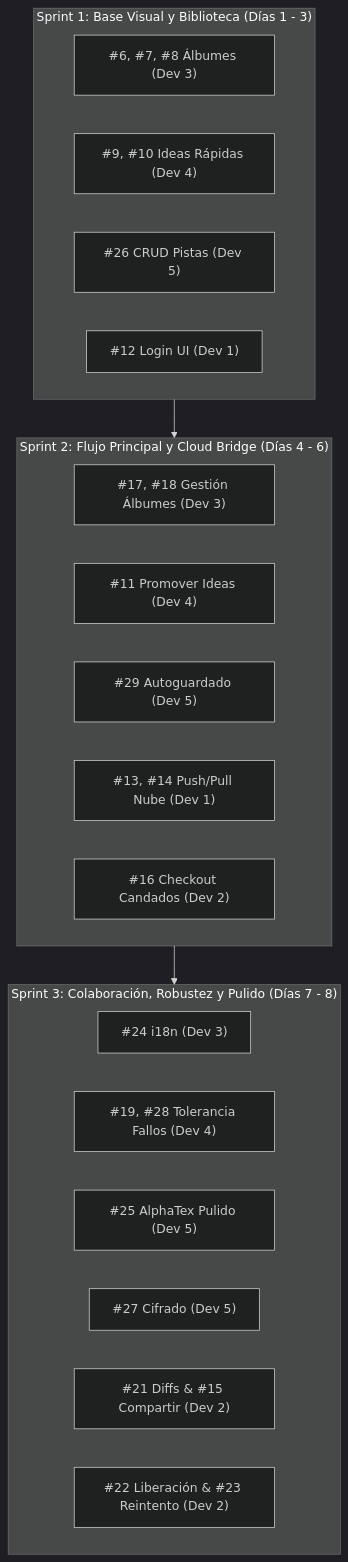
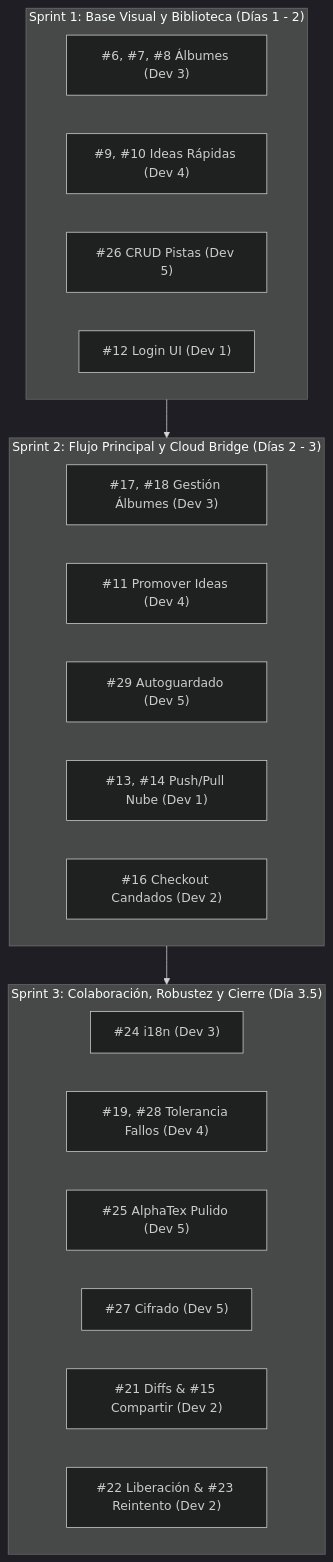
Before and after one commit to Chinano9/Kizuna-Editor: the diagram in estimaciones_issues.md, drawn with Mermaid (dark theme). The commit also changed other lines of this file and 5 other files, not shown here.

````diff
--- a/estimaciones_issues.md
+++ b/estimaciones_issues.md
@@ -138,28 +147,28 @@
 ```mermaid
 flowchart TD
-    subgraph Iteracion_1 ["Sprint 1: Base Visual y Biblioteca (Días 1 - 3)"]
+    subgraph Sprint_1 ["Sprint 1: Base Visual y Biblioteca (Días 1 - 2)"]
         I6["#6, #7, #8 Álbumes (Dev 3)"]
         I9["#9, #10 Ideas Rápidas (Dev 4)"]
         I26["#26 CRUD Pistas (Dev 5)"]
         I12["#12 Login UI (Dev 1)"]
     end
 
-    subgraph Iteracion_2 ["Sprint 2: Flujo Principal y Cloud Bridge (Días 4 - 6)"]
+    subgraph Sprint_2 ["Sprint 2: Flujo Principal y Cloud Bridge (Días 2 - 3)"]
         I17["#17, #18 Gestión Álbumes (Dev 3)"]
         I11["#11 Promover Ideas (Dev 4)"]
         I29["#29 Autoguardado (Dev 5)"]
         I13["#13, #14 Push/Pull Nube (Dev 1)"]
         I16["#16 Checkout Candados (Dev 2)"]
     end
 
-    subgraph Iteracion_3 ["Sprint 3: Colaboración, Robustez y Pulido (Días 7 - 8)"]
+    subgraph Sprint_3 ["Sprint 3: Colaboración, Robustez y Cierre (Día 3.5)"]
         I24["#24 i18n (Dev 3)"]
         I19["#19, #28 Tolerancia Fallos (Dev 4)"]
         I25["#25 AlphaTex Pulido (Dev 5)"]
         I27["#27 Cifrado (Dev 5)"]
         I21["#21 Diffs & #15 Compartir (Dev 2)"]
         I22["#22 Liberación & #23 Reintento (Dev 2)"]
     end
 
-    Iteracion_1 --> Iteracion_2 --> Iteracion_3
+    Sprint_1 --> Sprint_2 --> Sprint_3
 ```
````
